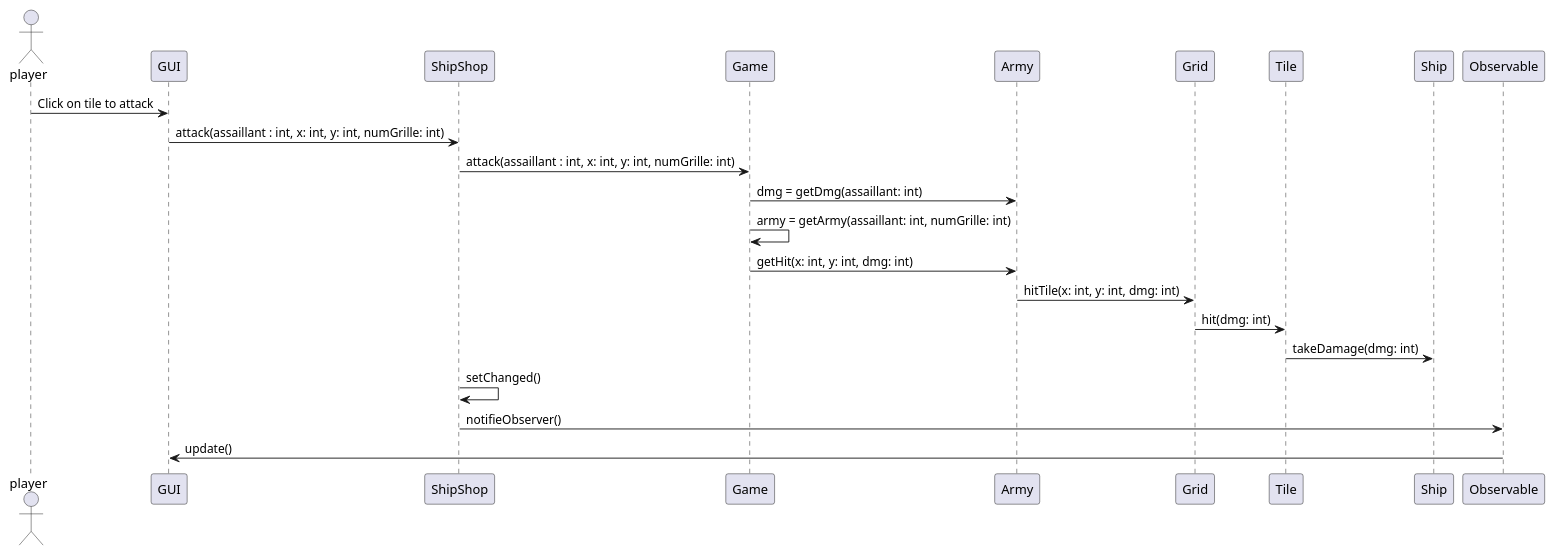
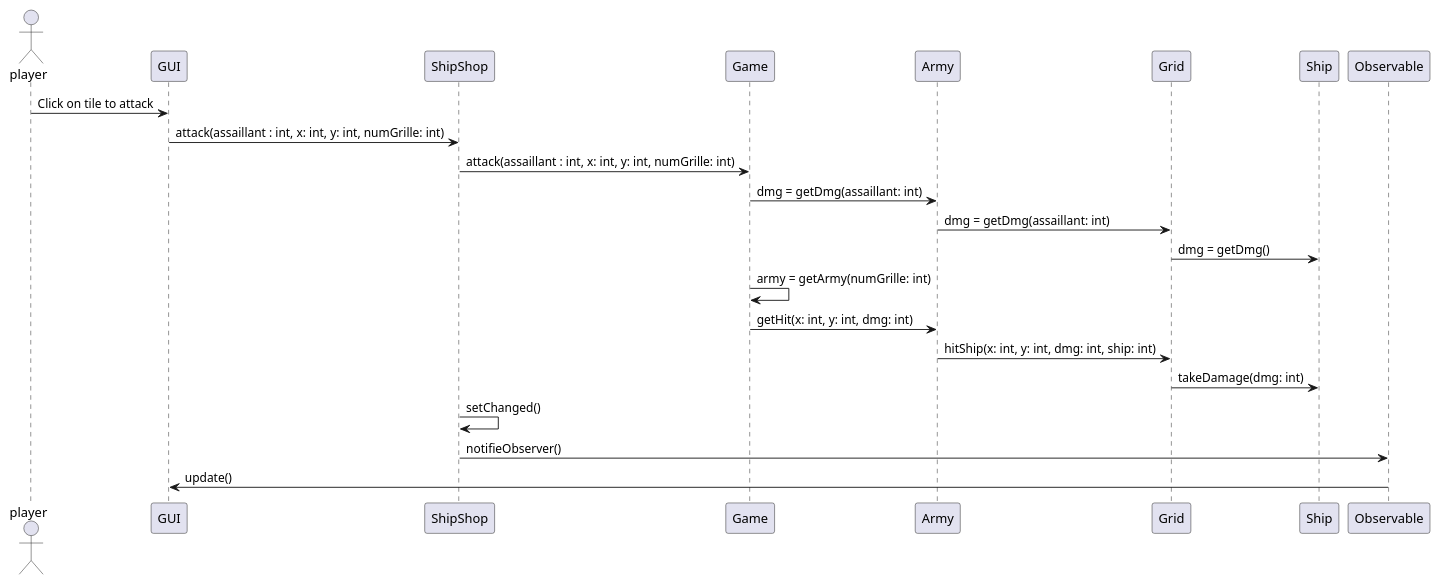
One commit to Reynault/ShipShop changed the diagram in doc/conception/pmul/sequence/attack.puml. Above: the diagram before and after it, drawn with PlantUML. The commit also changed 4 other files, not shown here.

Commit message:
Update diagrams.

```diff
--- a/doc/conception/pmul/sequence/attack.puml
+++ b/doc/conception/pmul/sequence/attack.puml
@@ -1,17 +1,22 @@
 @startuml
 actor player
 player -> GUI: Click on tile to attack
 GUI ->  ShipShop: attack(assaillant : int, x: int, y: int, numGrille: int)
 ShipShop -> Game: attack(assaillant : int, x: int, y: int, numGrille: int)
 Game -> Army: dmg = getDmg(assaillant: int)
-Game -> Game: army = getArmy(assaillant: int, numGrille: int)
+
+Army -> Grid : dmg = getDmg(assaillant: int)
+
+Grid -> Ship : dmg = getDmg()
+
+Game -> Game: army = getArmy(numGrille: int)
+
 Game -> Army: getHit(x: int, y: int, dmg: int)
-Army -> Grid: hitTile(x: int, y: int, dmg: int)
-Grid -> Tile: hit(dmg: int)
-Tile -> Ship: takeDamage(dmg: int)
+Army -> Grid: hitShip(x: int, y: int, dmg: int, ship: int)
+Grid -> Ship: takeDamage(dmg: int)
 
 ShipShop -> ShipShop: setChanged()
 ShipShop -> Observable: notifieObserver()
 Observable -> GUI: update()
 
 @enduml
```
